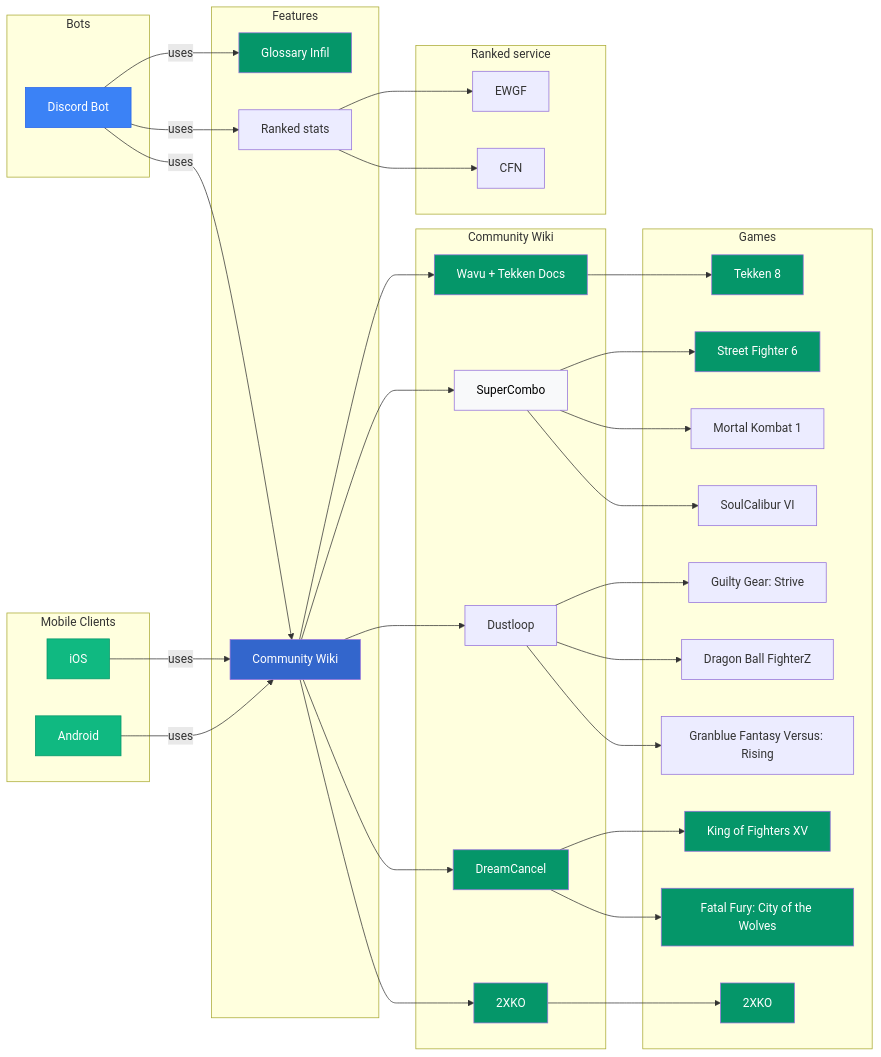
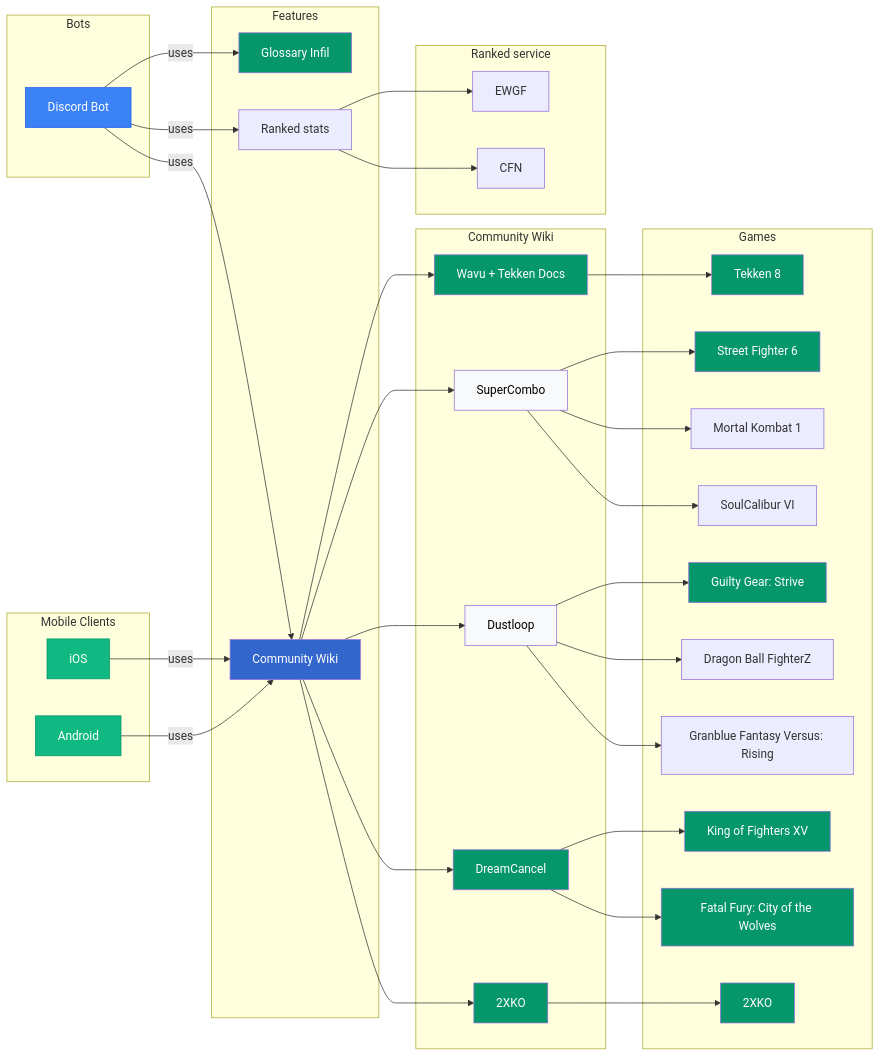
Before and after one commit to Sophon/FightingNerd: the diagram in mermaid/modules.mmd, drawn with Mermaid. The commit also changed 37 other files, not shown here.

```diff
--- a/mermaid/modules.mmd
+++ b/mermaid/modules.mmd
@@ -1,84 +1,86 @@
 graph LR
     subgraph Bots
         discordBot[Discord Bot]
     end
 
     subgraph "Mobile Clients"
         android[Android]
         iOS[iOS]
     end
 
     subgraph Features
         glossaryInfil[Glossary Infil]
         communityWiki[Community Wiki]
         elo[Ranked stats]
     end
 
     subgraph Community Wiki
         wikiWavu[Wavu + Tekken Docs]
         supercombo[SuperCombo]
         2xko[2XKO]
         dustloop[Dustloop]
         dreamcancel[DreamCancel]
     end
 
     subgraph Games
         t8[Tekken 8]
         sf6[Street Fighter 6]
         mk1[Mortal Kombat 1]
         sc6[SoulCalibur VI]
         ggst[Guilty Gear: Strive]
         dbfz[Dragon Ball FighterZ]
         gbvsr[Granblue Fantasy Versus: Rising]
         kof15[King of Fighters XV]
         cotw[Fatal Fury: City of the Wolves]
         xko[2XKO]
     end
 
     subgraph Ranked service
         ewgf[EWGF]
         cfn[CFN]
     end
 
     android -->|uses| communityWiki
     iOS -->|uses| communityWiki
 
     discordBot -->|uses| glossaryInfil
     discordBot -->|uses| communityWiki
     discordBot -->|uses| elo
 
     communityWiki --> wikiWavu
     communityWiki --> supercombo
     communityWiki --> 2xko
     communityWiki --> dreamcancel
     communityWiki --> dustloop
 
     elo --> ewgf
     elo --> cfn
 
     wikiWavu --> t8
     supercombo --> sf6
     supercombo --> mk1
     supercombo --> sc6
     dustloop --> ggst
     dustloop --> dbfz
     dustloop --> gbvsr
     2xko --> xko
     dreamcancel --> kof15
     dreamcancel --> cotw
 
 
     style discordBot fill:#3B82F6,stroke:#2563EB,color:#fff
     style android fill:#10B981,stroke:#059669,color:#fff
     style iOS fill:#10B981,stroke:#059669,color:#fff
     style glossaryInfil fill:#059669,color:#fff
     style communityWiki fill:#3366CC,color:#fff
     style wikiWavu fill:#059669,color:#fff
     style supercombo fill:#F8F9FA,color:#000000
     style dreamcancel fill:#059669, color:#fff
+    style dustloop fill:#F8F9FA,color:#000000
     style 2xko fill:#059669,color:#fff
     style t8 fill:#059669, color:#fff
     style sf6 fill:#059669, color:#fff
     style xko fill:#059669, color:#fff
     style kof15 fill:#059669,color:#fff
     style cotw fill:#059669,color:#fff
+    style ggst fill:#059669,color:#fff
```
